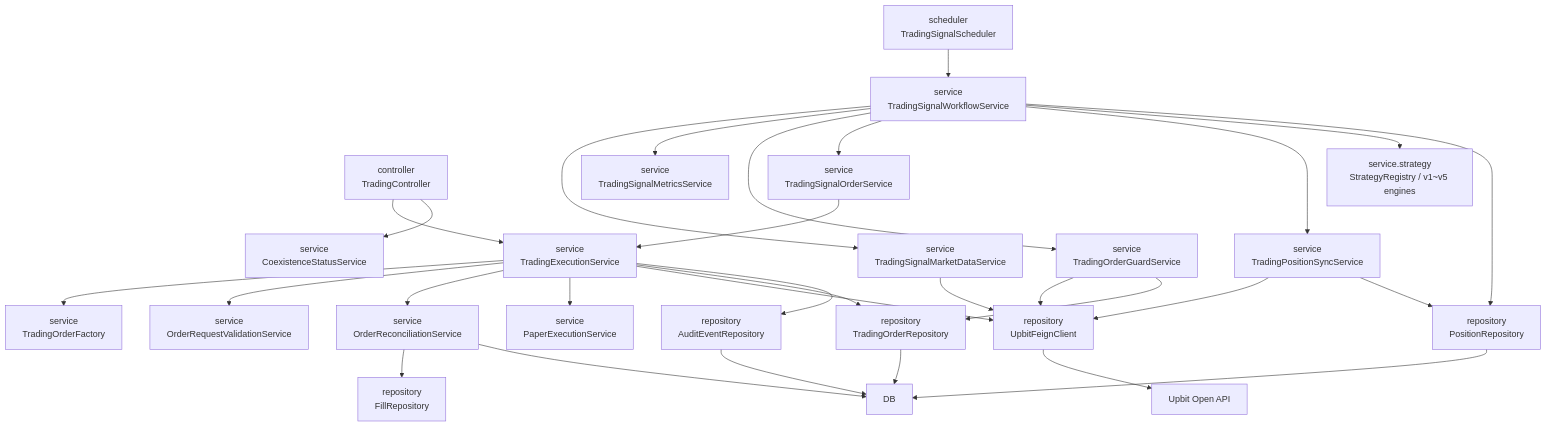
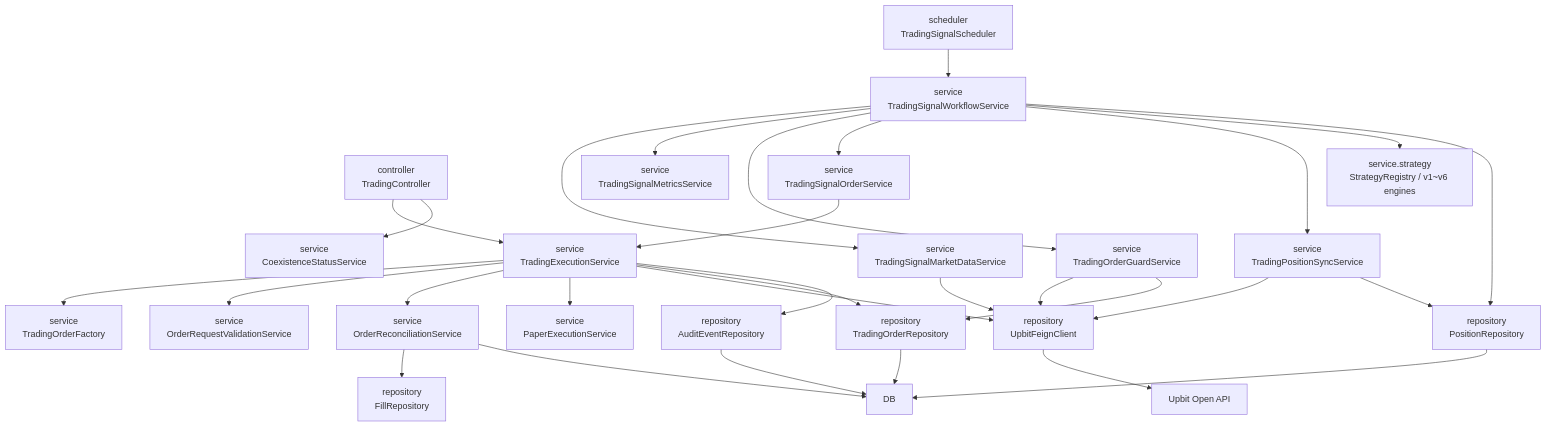
The first of 3 diagrams in docs/architecture.md (now-start/evergreen), drawn with Mermaid before and after one commit. The commit also changed 23 other files, not shown here.

````diff
--- a/docs/architecture.md
+++ b/docs/architecture.md
@@ -29,36 +29,36 @@
 ```mermaid
 flowchart TD
     Scheduler["scheduler<br/>TradingSignalScheduler"] --> Workflow["service<br/>TradingSignalWorkflowService"]
     Controller["controller<br/>TradingController"] --> Execution["service<br/>TradingExecutionService"]
     Controller --> Coexistence["service<br/>CoexistenceStatusService"]
 
     Workflow --> MarketData["service<br/>TradingSignalMarketDataService"]
     Workflow --> Metrics["service<br/>TradingSignalMetricsService"]
     Workflow --> Guard["service<br/>TradingOrderGuardService"]
     Workflow --> SignalOrder["service<br/>TradingSignalOrderService"]
     Workflow --> PositionSync["service<br/>TradingPositionSyncService"]
-    Workflow --> Strategy["service.strategy<br/>StrategyRegistry / v1~v5 engines"]
+    Workflow --> Strategy["service.strategy<br/>StrategyRegistry / v1~v6 engines"]
     Workflow --> PositionRepo["repository<br/>PositionRepository"]
 
     SignalOrder --> Execution
     Execution --> OrderFactory["service<br/>TradingOrderFactory"]
     Execution --> Validation["service<br/>OrderRequestValidationService"]
     Execution --> Reconciliation["service<br/>OrderReconciliationService"]
     Execution --> Paper["service<br/>PaperExecutionService"]
     Execution --> UpbitClient["repository<br/>UpbitFeignClient"]
     Execution --> OrderRepo["repository<br/>TradingOrderRepository"]
     Execution --> AuditRepo["repository<br/>AuditEventRepository"]
 
     Guard --> UpbitClient
     Guard --> OrderRepo
     MarketData --> UpbitClient
     PositionSync --> UpbitClient
     PositionSync --> PositionRepo
 
     UpbitClient --> Upbit["Upbit Open API"]
     OrderRepo --> Db["DB"]
     PositionRepo --> Db
     AuditRepo --> Db
     Reconciliation --> FillRepo["repository<br/>FillRepository"]
     Reconciliation --> Db
 ```
````
